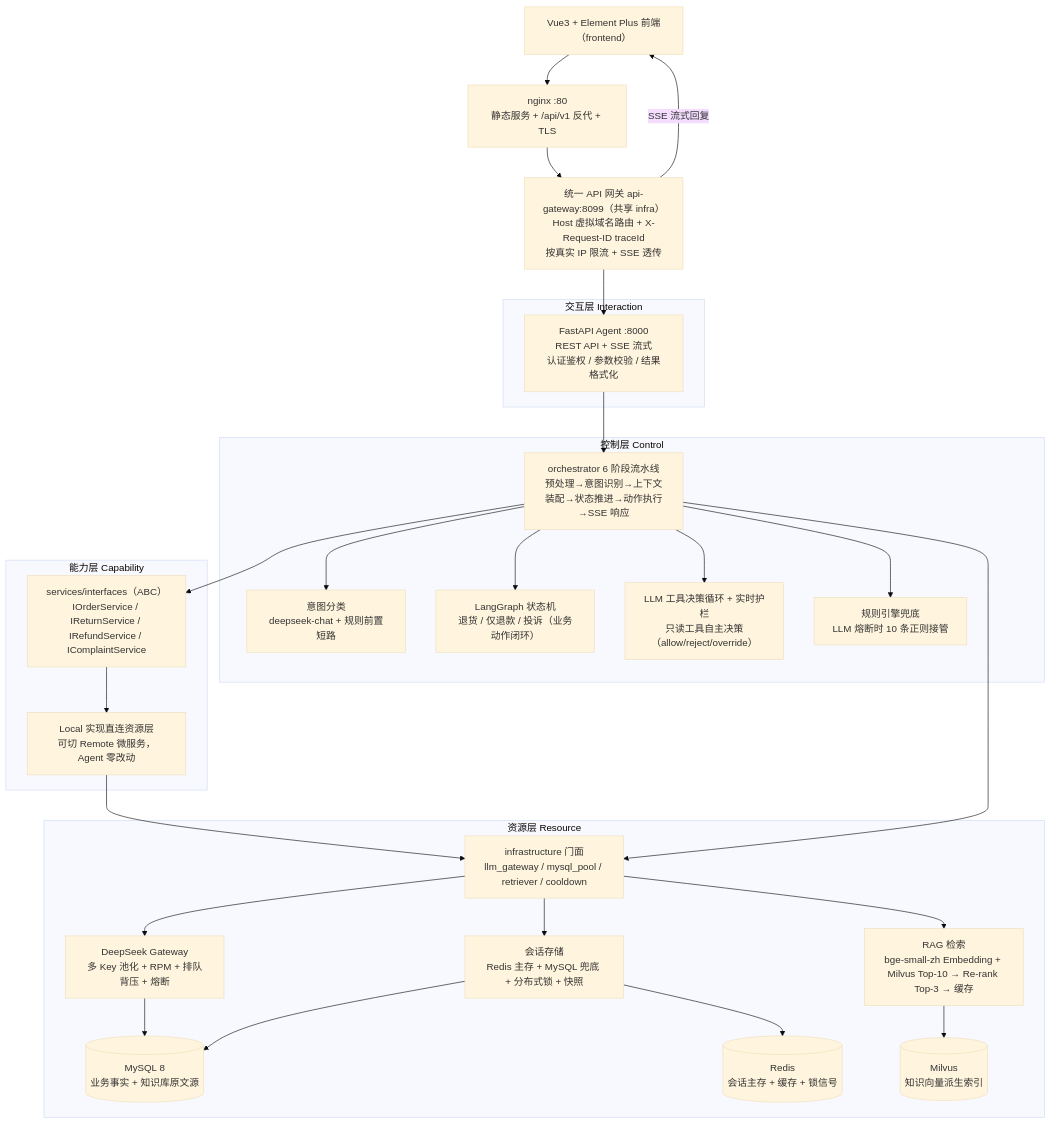
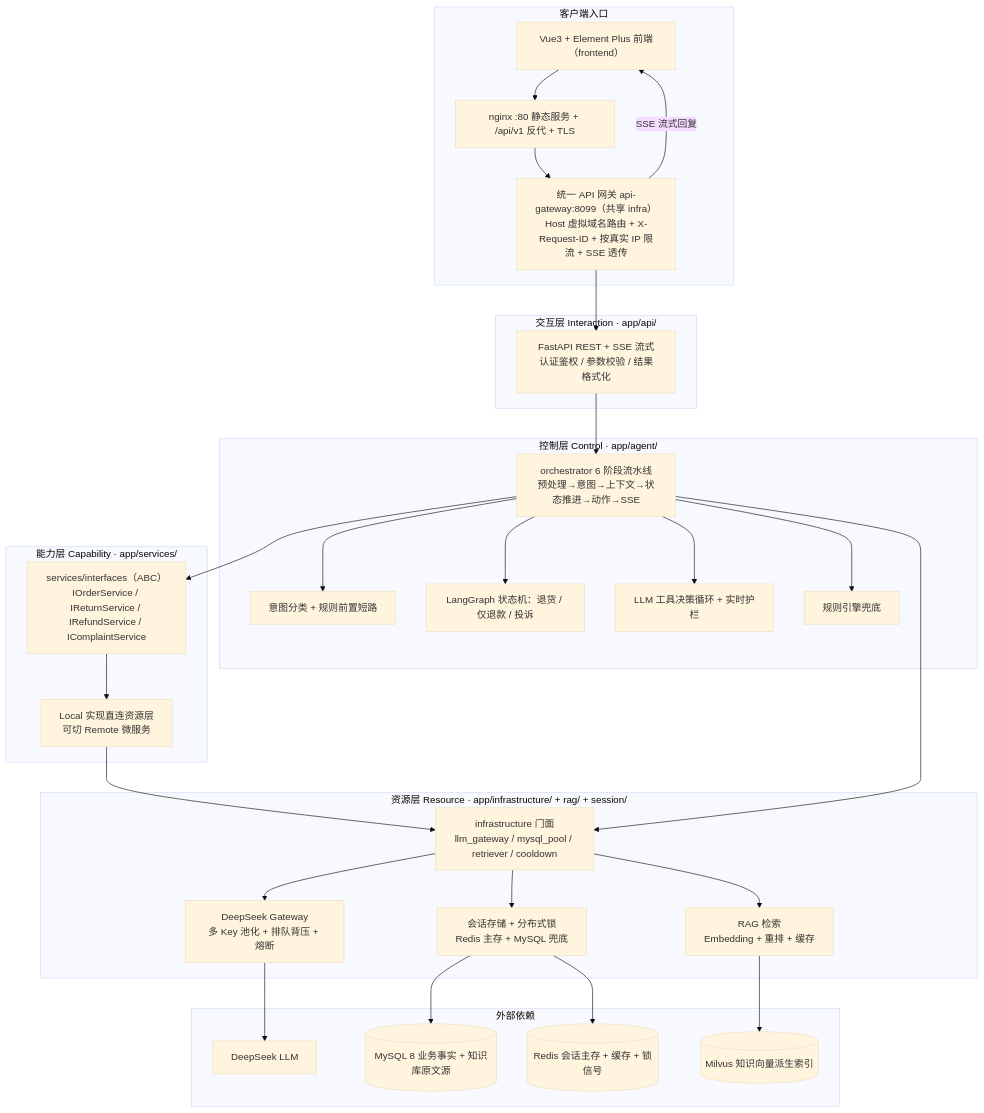
Before and after one commit to zhanggy1984/customer-service: the diagram in README.md, drawn with Mermaid (base theme). The commit also changed other lines of this file, not shown here.

Commit message:
docs(readme): 架构章对齐 good-question 格式——架构图外部依赖独立 + 四层带模块归属 + 分层小节 + 版本记录 2.4.4
- 架构图重构：客户端入口 / 后端四层（每层 subgraph 标题标注代码目录归属）/ 外部依赖独立 subgraph，图后补「箭头即调用方向」说明
- 新增「后端代码分层：四层单向依赖」小节：职责表带模块列 + 四约束落地 + 演进说明（2.4.3 门面收敛）
- 目录结构后补分层归属总结表
- 对外链路 / 核心链路 / 编排模式升级为 ### 小节对齐 good-question 格式

````diff
--- a/README.md
+++ b/README.md
@@ -54,50 +54,54 @@
 ```mermaid
 graph TB
-    WEB["Vue3 + Element Plus 前端（frontend）"]
-    NGINX["nginx :80<br/>静态服务 + /api/v1 反代 + TLS"]
-    GATEWAY["统一 API 网关 api-gateway:8099（共享 infra）<br/>Host 虚拟域名路由 + X-Request-ID traceId<br/>按真实 IP 限流 + SSE 透传"]
-
-    subgraph 交互层[交互层 Interaction]
-        API["FastAPI Agent :8000<br/>REST API + SSE 流式<br/>认证鉴权 / 参数校验 / 结果格式化"]
+    subgraph 客户端入口
+        WEB["Vue3 + Element Plus 前端（frontend）"]
+        NGINX["nginx :80 静态服务 + /api/v1 反代 + TLS"]
+        GATEWAY["统一 API 网关 api-gateway:8099（共享 infra）<br/>Host 虚拟域名路由 + X-Request-ID + 按真实 IP 限流 + SSE 透传"]
     end
-    subgraph 控制层[控制层 Control]
-        ORCH["orchestrator 6 阶段流水线<br/>预处理→意图识别→上下文装配→状态推进→动作执行→SSE 响应"]
-        INTENT["意图分类<br/>deepseek-chat + 规则前置短路"]
-        SM["LangGraph 状态机<br/>退货 / 仅退款 / 投诉（业务动作闭环）"]
-        LOOP["LLM 工具决策循环 + 实时护栏<br/>只读工具自主决策（allow/reject/override）"]
-        RULE["规则引擎兜底<br/>LLM 熔断时 10 条正则接管"]
+    subgraph 交互层["交互层 Interaction · app/api/"]
+        API["FastAPI REST + SSE 流式<br/>认证鉴权 / 参数校验 / 结果格式化"]
     end
-    subgraph 能力层[能力层 Capability]
+    subgraph 控制层["控制层 Control · app/agent/"]
+        ORCH["orchestrator 6 阶段流水线<br/>预处理→意图→上下文→状态推进→动作→SSE"]
+        INTENT["意图分类 + 规则前置短路"]
+        SM["LangGraph 状态机：退货 / 仅退款 / 投诉"]
+        LOOP["LLM 工具决策循环 + 实时护栏"]
+        RULE["规则引擎兜底"]
+    end
+    subgraph 能力层["能力层 Capability · app/services/"]
         SVC["services/interfaces（ABC）<br/>IOrderService / IReturnService / IRefundService / IComplaintService"]
-        IMPL["Local 实现直连资源层<br/>可切 Remote 微服务，Agent 零改动"]
+        IMPL["Local 实现直连资源层<br/>可切 Remote 微服务"]
     end
-    subgraph 资源层[资源层 Resource]
+    subgraph 资源层["资源层 Resource · app/infrastructure/ + rag/ + session/"]
         FACADE["infrastructure 门面<br/>llm_gateway / mysql_pool / retriever / cooldown"]
-        GW["DeepSeek Gateway<br/>多 Key 池化 + RPM + 排队背压 + 熔断"]
-        RAG["RAG 检索<br/>bge-small-zh Embedding + Milvus Top-10 → Re-rank Top-3 → 缓存"]
-        SESS["会话存储<br/>Redis 主存 + MySQL 兜底 + 分布式锁 + 快照"]
-        MYSQL[(MySQL 8<br/>业务事实 + 知识库原文源)]
-        REDIS[(Redis<br/>会话主存 + 缓存 + 锁信号)]
-        MILVUS[(Milvus<br/>知识向量派生索引)]
+        GW["DeepSeek Gateway<br/>多 Key 池化 + 排队背压 + 熔断"]
+        RAG["RAG 检索<br/>Embedding + 重排 + 缓存"]
+        SESS["会话存储 + 分布式锁<br/>Redis 主存 + MySQL 兜底"]
+    end
+    subgraph 外部依赖
+        DS["DeepSeek LLM"]
+        MYSQL[(MySQL 8 业务事实 + 知识库原文源)]
+        REDIS[(Redis 会话主存 + 缓存 + 锁信号)]
+        MILVUS[(Milvus 知识向量派生索引)]
     end
 
     WEB --> NGINX --> GATEWAY
     GATEWAY -- SSE 流式回复 --> WEB
     GATEWAY --> API
     API --> ORCH
     ORCH --> INTENT
     ORCH --> SM
     ORCH --> LOOP
     ORCH --> RULE
     ORCH --> SVC
     SVC --> IMPL
     IMPL --> FACADE
     ORCH --> FACADE
     FACADE --> GW
     FACADE --> RAG
     FACADE --> SESS
-    GW --> MYSQL
+    GW --> DS
     RAG --> MILVUS
     SESS --> REDIS
     SESS --> MYSQL
 ```
````
